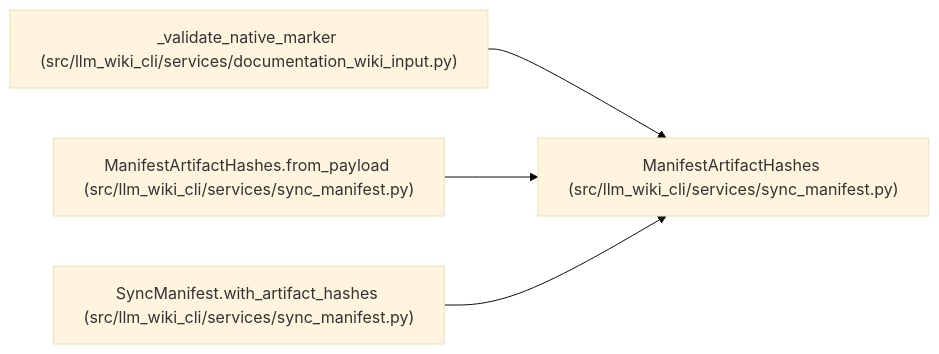
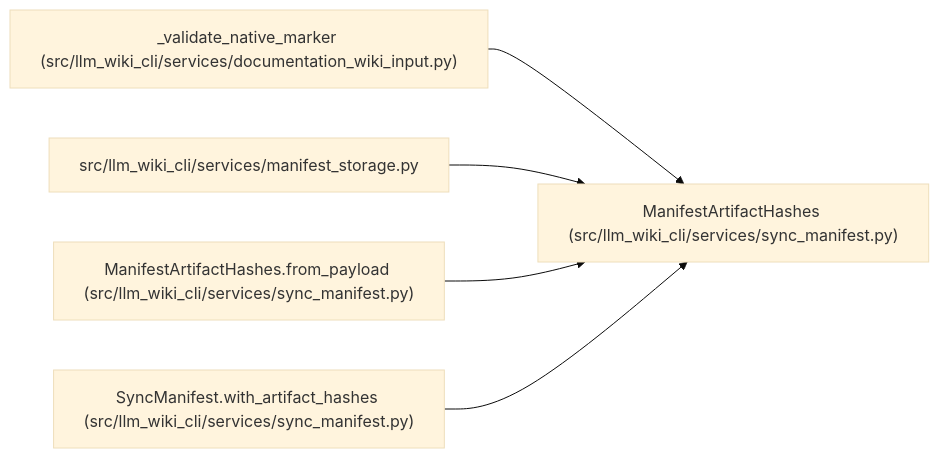
Before and after one commit to Denissvgn/python-wiki-llm: the diagram in docs/llm_wiki/entities/ManifestArtifactHashes.md, drawn with Mermaid (base theme). The commit also changed other lines of this file and 865 other files, not shown here.

````diff
--- a/docs/llm_wiki/entities/ManifestArtifactHashes.md
+++ b/docs/llm_wiki/entities/ManifestArtifactHashes.md
@@ -34,14 +34,17 @@
 ```mermaid
 flowchart LR
     n0["ManifestArtifactHashes (src/llm_wiki_cli/services/sync_manifest.py)"]
     n1["_validate_native_marker (src/llm_wiki_cli/services/documentation_wiki_input.py)"]
-    n2["ManifestArtifactHashes.from_payload (src/llm_wiki_cli/services/sync_manifest.py)"]
-    n3["SyncManifest.with_artifact_hashes (src/llm_wiki_cli/services/sync_manifest.py)"]
+    n2["src/llm_wiki_cli/services/manifest_storage.py"]
+    n3["ManifestArtifactHashes.from_payload (src/llm_wiki_cli/services/sync_manifest.py)"]
+    n4["SyncManifest.with_artifact_hashes (src/llm_wiki_cli/services/sync_manifest.py)"]
     n1 --> n0
     n2 --> n0
     n3 --> n0
+    n4 --> n0
     click n0 "../modules/sync_manifest.md"
     click n1 "../modules/documentation_wiki_input.md"
-    click n2 "../modules/sync_manifest.md"
+    click n2 "../modules/manifest_storage.md"
     click n3 "../modules/sync_manifest.md"
+    click n4 "../modules/sync_manifest.md"
 ```
````
